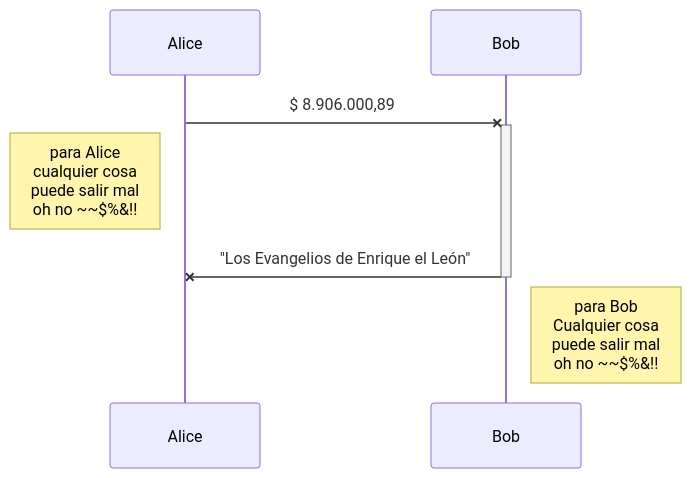
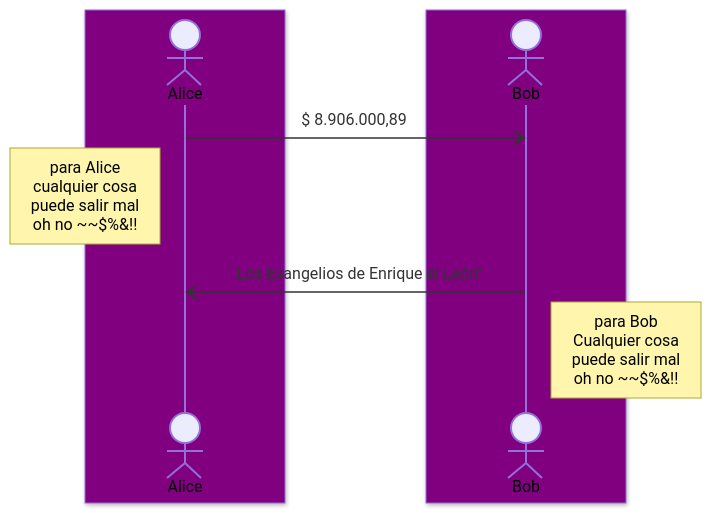
Before and after one commit to latam1/noname: the first of 2 diagrams in README.md, drawn with Mermaid. The commit also changed other lines of this file, not shown here.

````diff
--- a/README.md
+++ b/README.md
@@ -4,8 +4,14 @@
 ```mermaid
 sequenceDiagram
-Alice-x+ Bob: $ 8.906.000,89
+box Purple
+actor Alice
+end
+box Purple
+actor Bob
+end
+Alice-) Bob: $ 8.906.000,89
 Note left of Alice: para Alice<br/>cualquier cosa<br/>puede salir mal<br/>oh no ~~$%&!!#%%^^&
-Bob-x- Alice: "Los Evangelios de Enrique el León"
+Bob-) Alice: "Los Evangelios de Enrique el León"
 Note right of Bob: para Bob<br/>Cualquier cosa <br/>puede salir mal<br/>oh no ~~$%&!!#%%^^&
 
 ```
````
